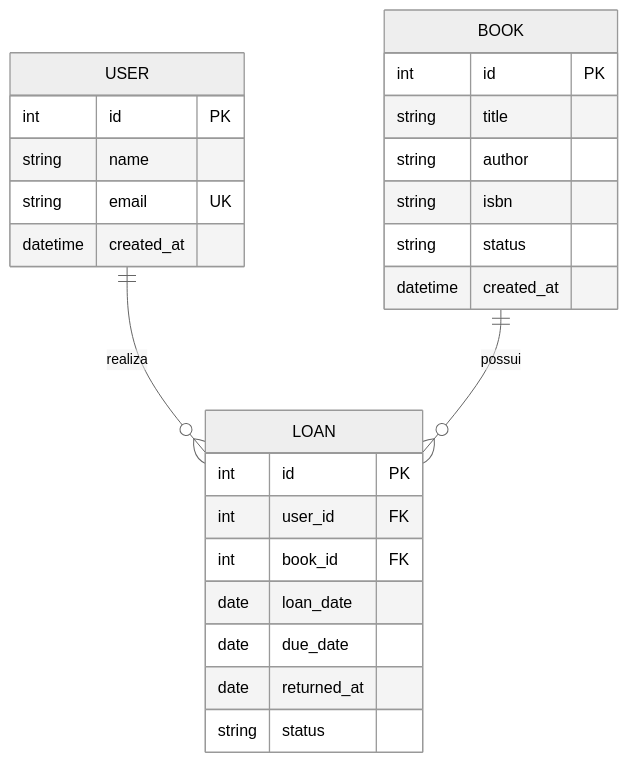
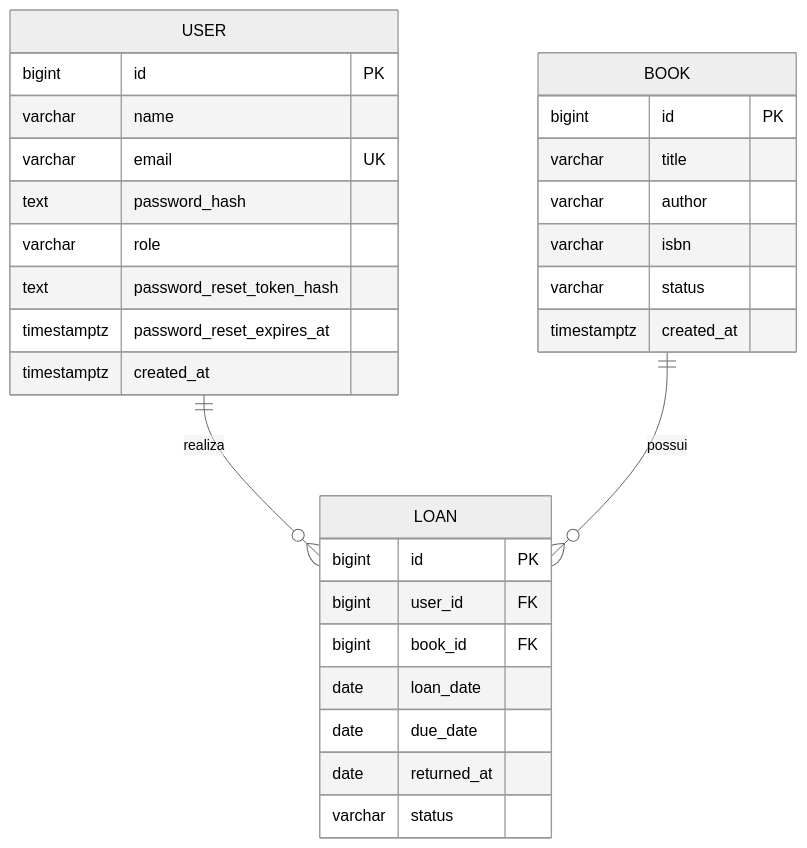
Before and after one commit to WillianCustodio-lab/gerenciamento-biblioteca-api: the diagram in README.md, drawn with Mermaid (neutral theme). The commit also changed other lines of this file, not shown here.

````diff
--- a/README.md
+++ b/README.md
@@ -95,31 +117,35 @@
 ```mermaid
 erDiagram
     USER ||--o{ LOAN : realiza
     BOOK ||--o{ LOAN : possui
 
     USER {
-        int id PK
-        string name
-        string email UK
-        datetime created_at
+        bigint id PK
+        varchar name
+        varchar email UK
+        text password_hash
+        varchar role
+        text password_reset_token_hash
+        timestamptz password_reset_expires_at
+        timestamptz created_at
     }
 
     BOOK {
-        int id PK
-        string title
-        string author
-        string isbn
-        string status
-        datetime created_at
+        bigint id PK
+        varchar title
+        varchar author
+        varchar isbn
+        varchar status
+        timestamptz created_at
     }
 
     LOAN {
-        int id PK
-        int user_id FK
-        int book_id FK
+        bigint id PK
+        bigint user_id FK
+        bigint book_id FK
         date loan_date
         date due_date
         date returned_at
-        string status
+        varchar status
     }
 ```
````
